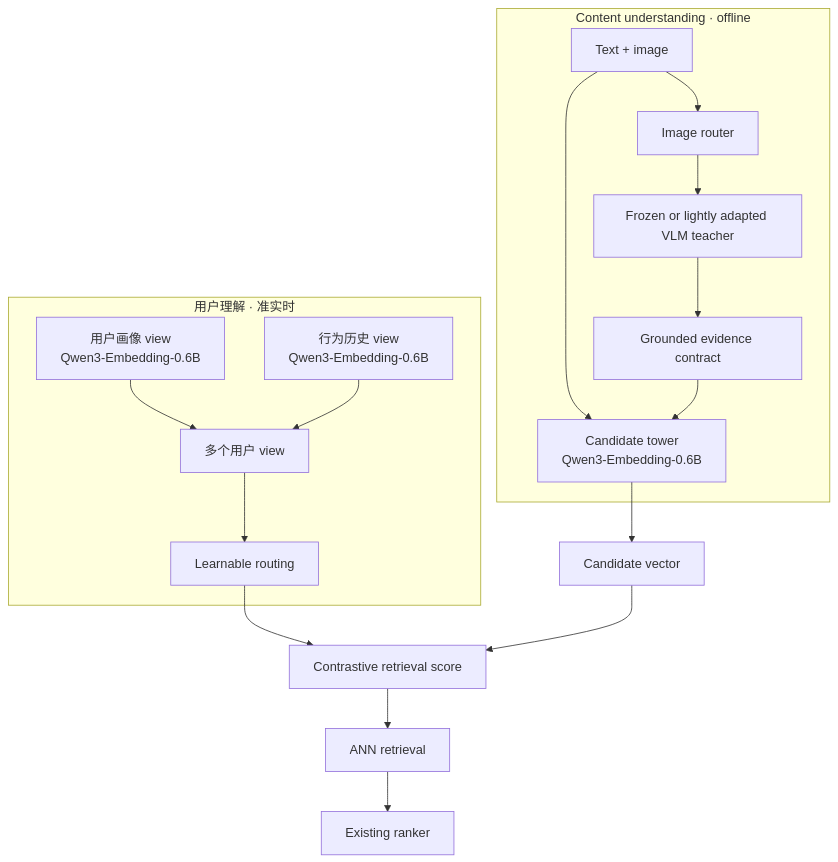
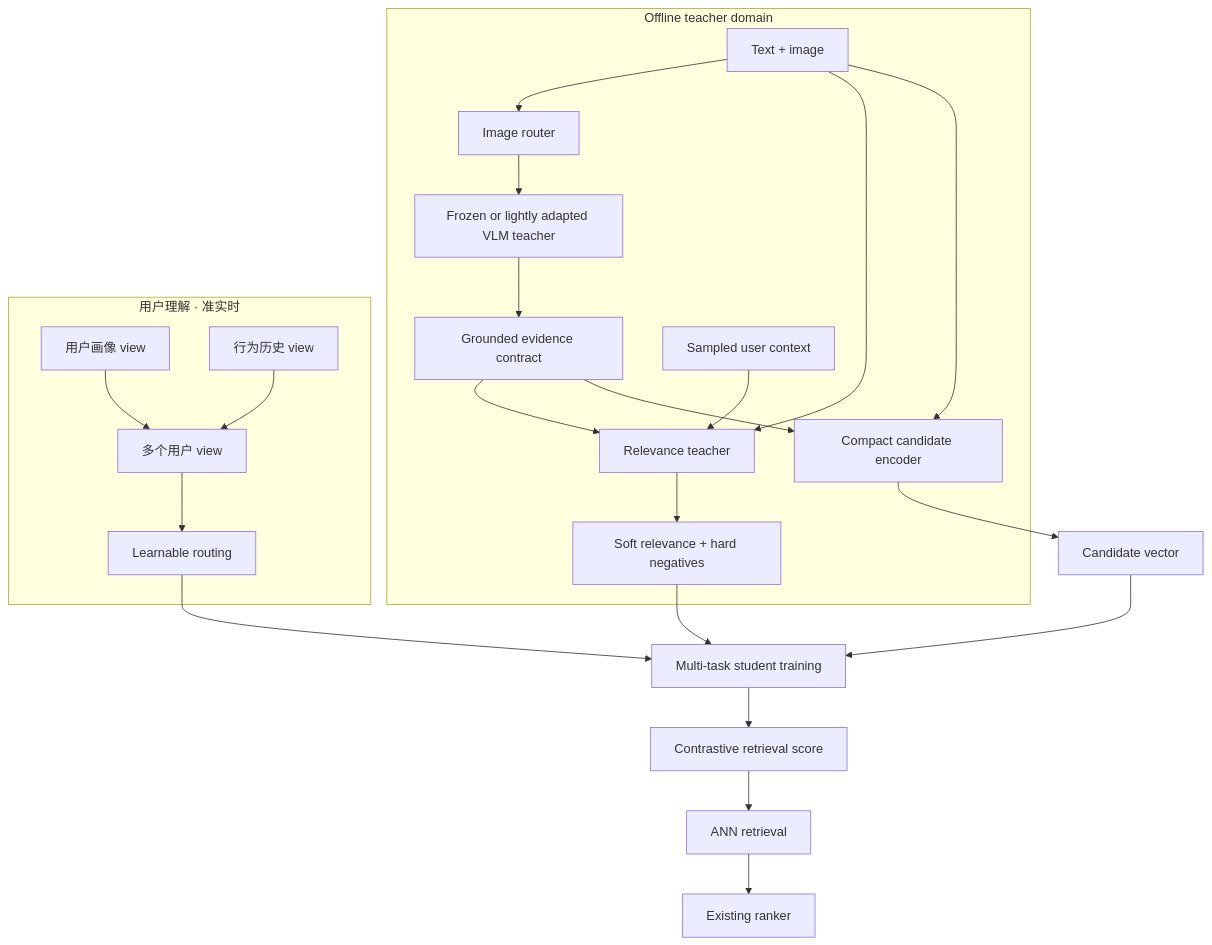
The second of 3 diagrams in practice/recommender-systems/noise-to-signal-retrieval.md (tianyi-zhang-02/cooking-agi), drawn with Mermaid before and after one commit. The commit also changed other lines of this file and 3 other files, not shown here.

````diff
--- a/practice/recommender-systems/noise-to-signal-retrieval.md
+++ b/practice/recommender-systems/noise-to-signal-retrieval.md
@@ -105,20 +125,26 @@
 ```mermaid
 flowchart TB
-    subgraph C["Content understanding · offline"]
+    subgraph C["Offline teacher domain"]
         A["Text + image"] --> B["Image router"]
         B --> C1["Frozen or lightly adapted VLM teacher"]
         C1 --> D["Grounded evidence contract"]
-        A --> E["Candidate tower<br/>Qwen3-Embedding-0.6B"]
+        U0["Sampled user context"] --> T["Relevance teacher"]
+        A --> T
+        D --> T
+        T --> S["Soft relevance + hard negatives"]
+        A --> E["Compact candidate encoder"]
         D --> E
     end
     subgraph U["用户理解 · 准实时"]
-        F["用户画像 view<br/>Qwen3-Embedding-0.6B"] --> H["多个用户 view"]
-        G["行为历史 view<br/>Qwen3-Embedding-0.6B"] --> H
+        F["用户画像 view"] --> H["多个用户 view"]
+        G["行为历史 view"] --> H
         H --> I["Learnable routing"]
     end
+    S --> R["Multi-task student training"]
     E --> J["Candidate vector"]
-    I --> K["Contrastive retrieval score"]
-    J --> K
+    I --> R
+    J --> R
+    R --> K["Contrastive retrieval score"]
     K --> L["ANN retrieval"]
     L --> M["Existing ranker"]
 ```
````
